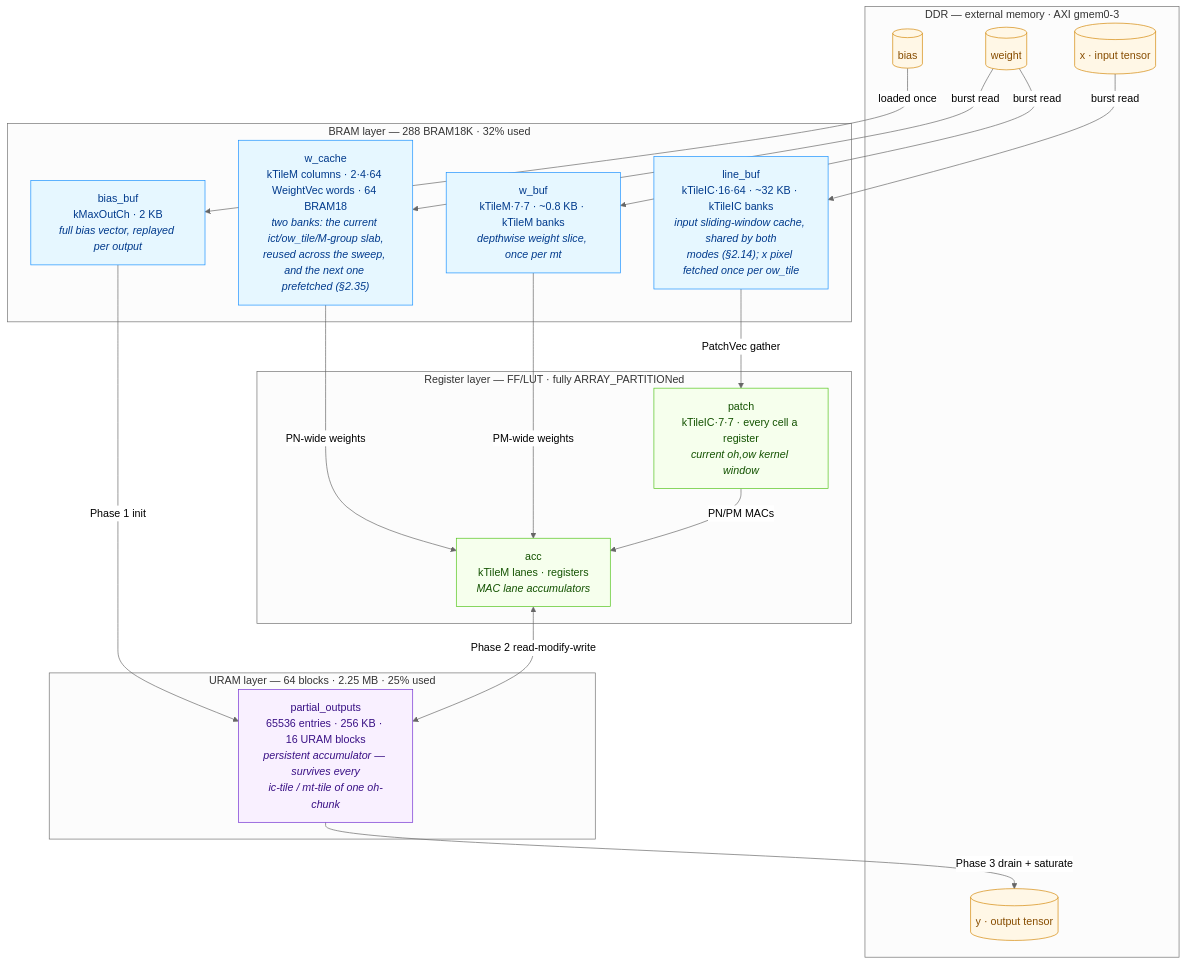
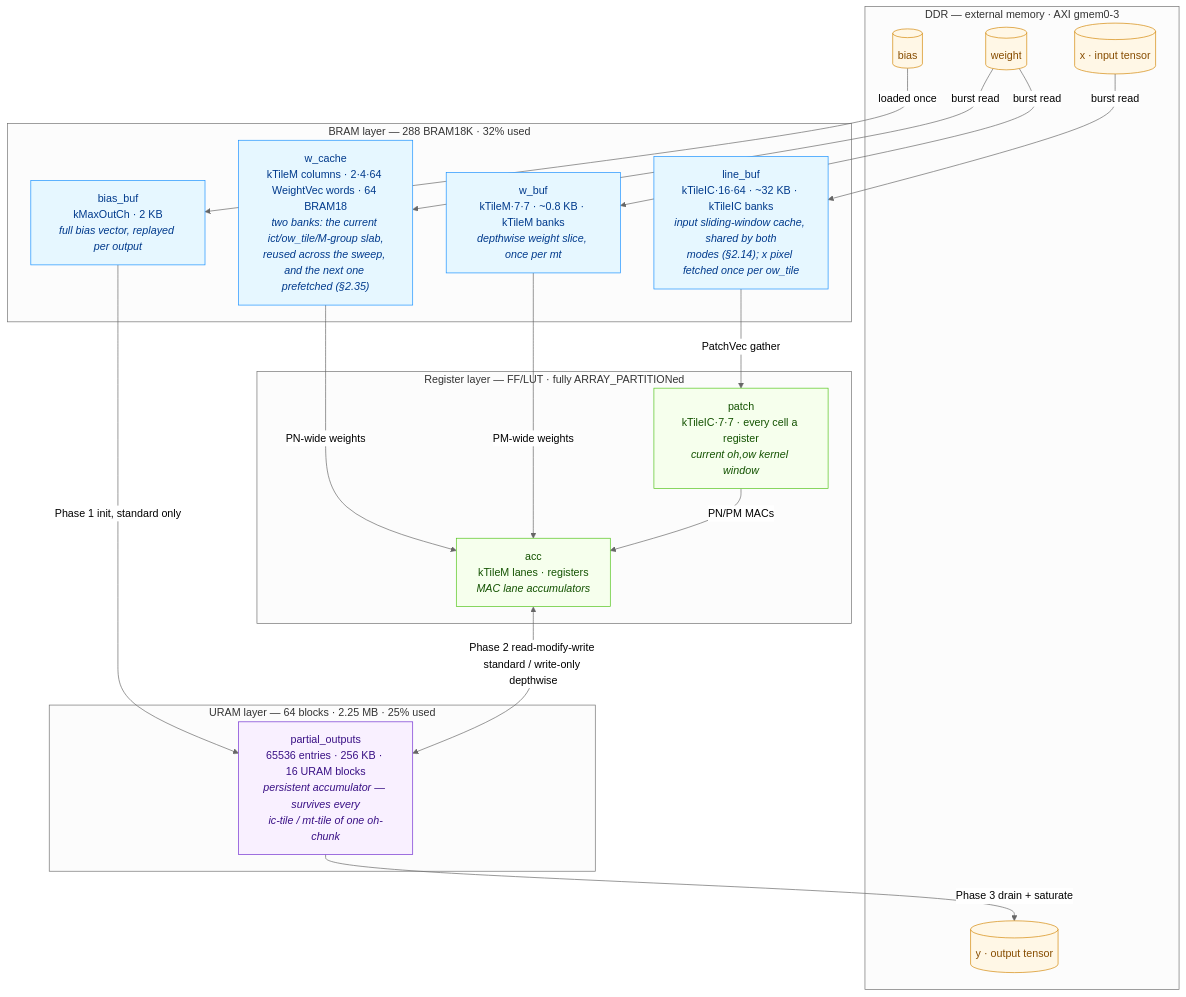
The diagram in doc/CONV_KERNEL.md (phoenix367/cormorant), drawn with Mermaid (neutral theme) before and after one commit. The commit also changed other lines of this file and 4 other files, not shown here.

First line of the commit message:
ConvKernel §2.37: flat depthwise sweep — one II=1 loop per (mt, ow_tile), no Phase 1 for depthwise

````diff
--- a/doc/CONV_KERNEL.md
+++ b/doc/CONV_KERNEL.md
@@ -111,46 +111,46 @@
 ```mermaid
 flowchart TB
     subgraph DDR["DDR — external memory · AXI gmem0-3"]
         Xd[("x · input tensor")]
         Wd[("weight")]
         Bd[("bias")]
         Yd[("y · output tensor")]
     end
 
     subgraph URAML["URAM layer — 64 blocks · 2.25 MB · 25% used"]
         PO["partial_outputs<br/>65536 entries · 256 KB · 16 URAM blocks<br/><i>persistent accumulator — survives every<br/>ic-tile / mt-tile of one oh-chunk</i>"]
     end
 
     subgraph BRAML["BRAM layer — 288 BRAM18K · 32% used"]
         LB["line_buf<br/>kTileIC·16·64 · ~32 KB · kTileIC banks<br/><i>input sliding-window cache, shared by both<br/>modes (§2.14); x pixel fetched once per ow_tile</i>"]
         WC["w_cache<br/>kTileM columns · 2·4·64 WeightVec words · 64 BRAM18<br/><i>two banks: the current ict/ow_tile/M-group slab,<br/>reused across the sweep, and the next one prefetched (§2.35)</i>"]
         WB["w_buf<br/>kTileM·7·7 · ~0.8 KB · kTileM banks<br/><i>depthwise weight slice, once per mt</i>"]
         BB["bias_buf<br/>kMaxOutCh · 2 KB<br/><i>full bias vector, replayed per output</i>"]
     end
 
     subgraph REGL["Register layer — FF/LUT · fully ARRAY_PARTITIONed"]
         PA["patch<br/>kTileIC·7·7 · every cell a register<br/><i>current oh,ow kernel window</i>"]
         AC["acc<br/>kTileM lanes · registers<br/><i>MAC lane accumulators</i>"]
     end
 
     Xd -->|burst read| LB
     Wd -->|burst read| WC
     Wd -->|burst read| WB
     Bd -->|loaded once| BB
     LB -->|PatchVec gather| PA
     WC -->|PN-wide weights| AC
     WB -->|PM-wide weights| AC
     PA -->|PN/PM MACs| AC
-    BB -->|Phase 1 init| PO
-    AC <-->|Phase 2 read-modify-write| PO
+    BB -->|Phase 1 init, standard only| PO
+    AC <-->|Phase 2 read-modify-write standard / write-only depthwise| PO
     PO -->|Phase 3 drain + saturate| Yd
 
     classDef ddr fill:#fff7e6,stroke:#d48806,color:#874d00
     classDef uram fill:#f9f0ff,stroke:#722ed1,color:#391085
     classDef bram fill:#e6f7ff,stroke:#1890ff,color:#003a8c
     classDef reg fill:#f6ffed,stroke:#52c41a,color:#135200
     class Xd,Wd,Bd,Yd ddr
     class PO uram
     class LB,WC,WB,BB bram
     class PA,AC reg
 ```
````
